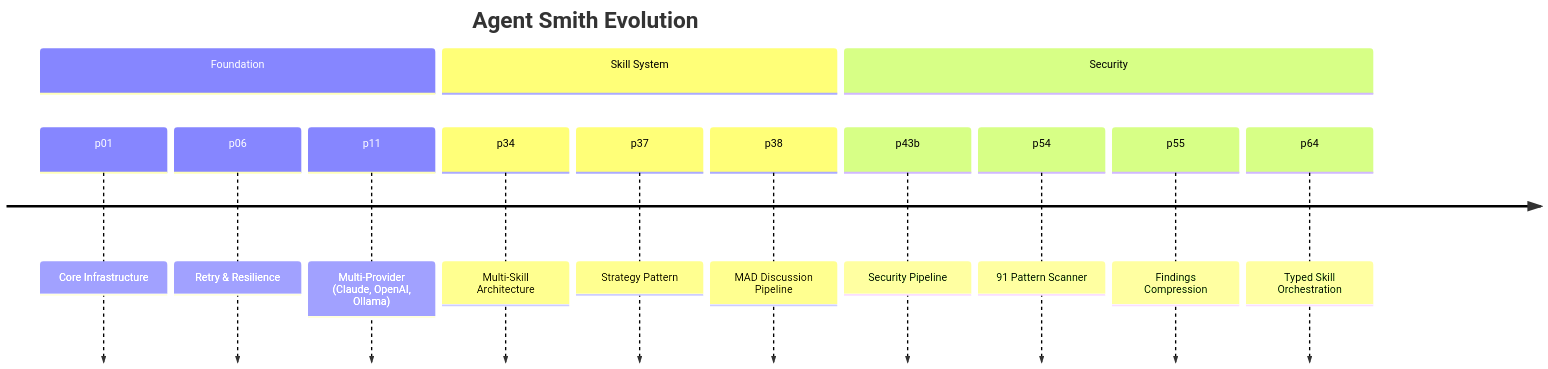
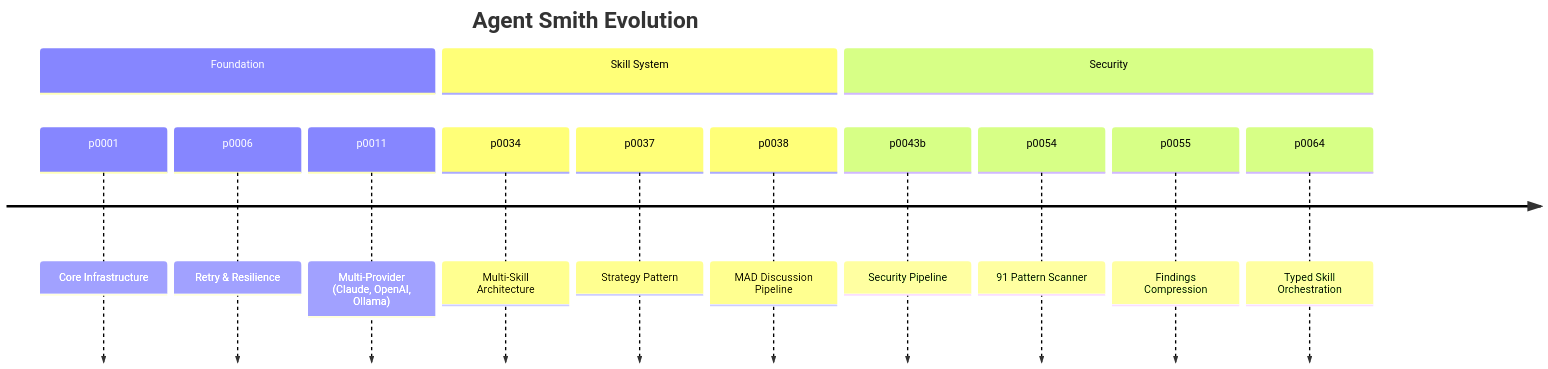
The diagram in docs/concepts/phases-and-runs.md (holgerleichsenring/agent-smith), drawn with Mermaid before and after one commit. The commit also changed other lines of this file and 255 other files, not shown here.

````diff
--- a/docs/concepts/phases-and-runs.md
+++ b/docs/concepts/phases-and-runs.md
@@ -166,17 +166,17 @@
 ```mermaid
 timeline
     title Agent Smith Evolution
     section Foundation
-        p01 : Core Infrastructure
-        p06 : Retry & Resilience
-        p11 : Multi-Provider (Claude, OpenAI, Ollama)
+        p0001 : Core Infrastructure
+        p0006 : Retry & Resilience
+        p0011 : Multi-Provider (Claude, OpenAI, Ollama)
     section Skill System
-        p34 : Multi-Skill Architecture
-        p37 : Strategy Pattern
-        p38 : MAD Discussion Pipeline
+        p0034 : Multi-Skill Architecture
+        p0037 : Strategy Pattern
+        p0038 : MAD Discussion Pipeline
     section Security
-        p43b : Security Pipeline
-        p54  : 91 Pattern Scanner
-        p55  : Findings Compression
-        p64  : Typed Skill Orchestration
+        p0043b : Security Pipeline
+        p0054  : 91 Pattern Scanner
+        p0055  : Findings Compression
+        p0064  : Typed Skill Orchestration
 ```
````
